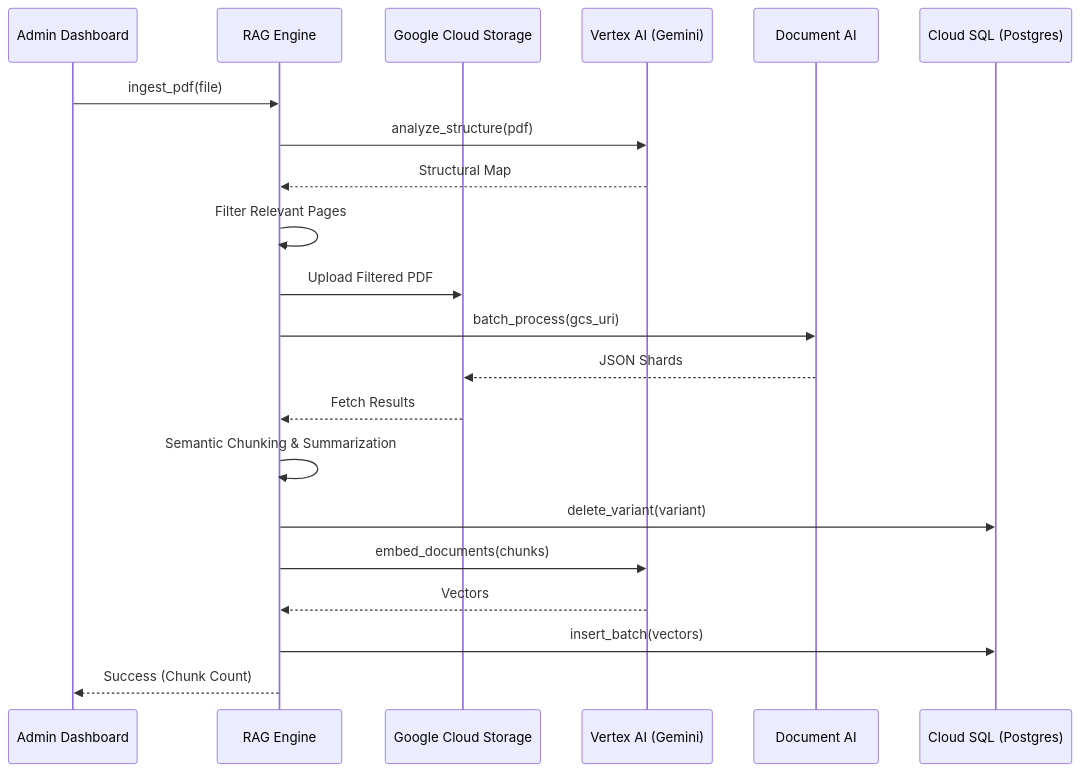
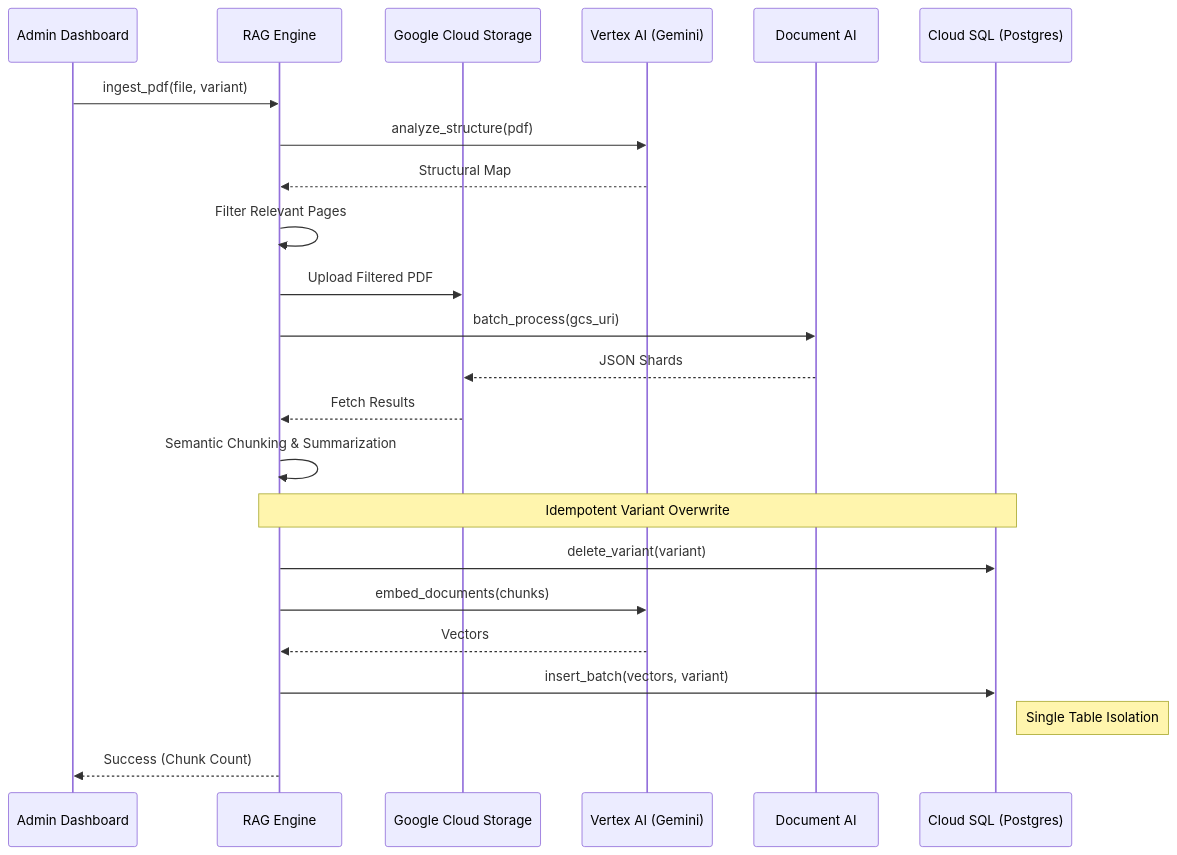
One commit to bavobbr/fih-rules-engine changed the first of 2 diagrams in README.md. Above: the diagram before and after it, drawn with Mermaid. The commit also changed other lines of this file and 10 other files, not shown here.

Commit message:
feat: Refine document metadata from 'heading' to 'rule' and document hybrid search architecture.

````diff
--- a/README.md
+++ b/README.md
@@ -47,24 +47,26 @@
 ```mermaid
 sequenceDiagram
     participant Admin as Admin Dashboard
     participant Engine as RAG Engine
     participant GCS as Google Cloud Storage
     participant Vertex as Vertex AI (Gemini)
     participant DocAI as Document AI
     participant DB as Cloud SQL (Postgres)
 
-    Admin->>Engine: ingest_pdf(file)
+    Admin->>Engine: ingest_pdf(file, variant)
     Engine->>Vertex: analyze_structure(pdf)
     Vertex-->>Engine: Structural Map
     Engine->>Engine: Filter Relevant Pages
     Engine->>GCS: Upload Filtered PDF
     Engine->>DocAI: batch_process(gcs_uri)
     DocAI-->>GCS: JSON Shards
     GCS-->>Engine: Fetch Results
     Engine->>Engine: Semantic Chunking & Summarization
+    Note over Engine, DB: Idempotent Variant Overwrite
     Engine->>DB: delete_variant(variant)
     Engine->>Vertex: embed_documents(chunks)
     Vertex-->>Engine: Vectors
-    Engine->>DB: insert_batch(vectors)
+    Engine->>DB: insert_batch(vectors, variant)
+    Note right of DB: Single Table Isolation
     Engine-->>Admin: Success (Chunk Count)
 ```
````
